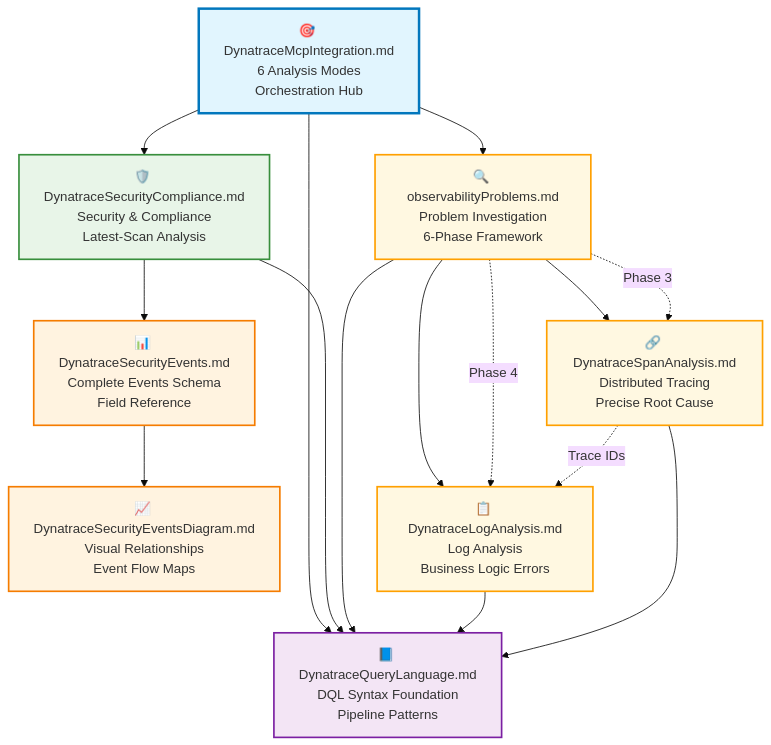
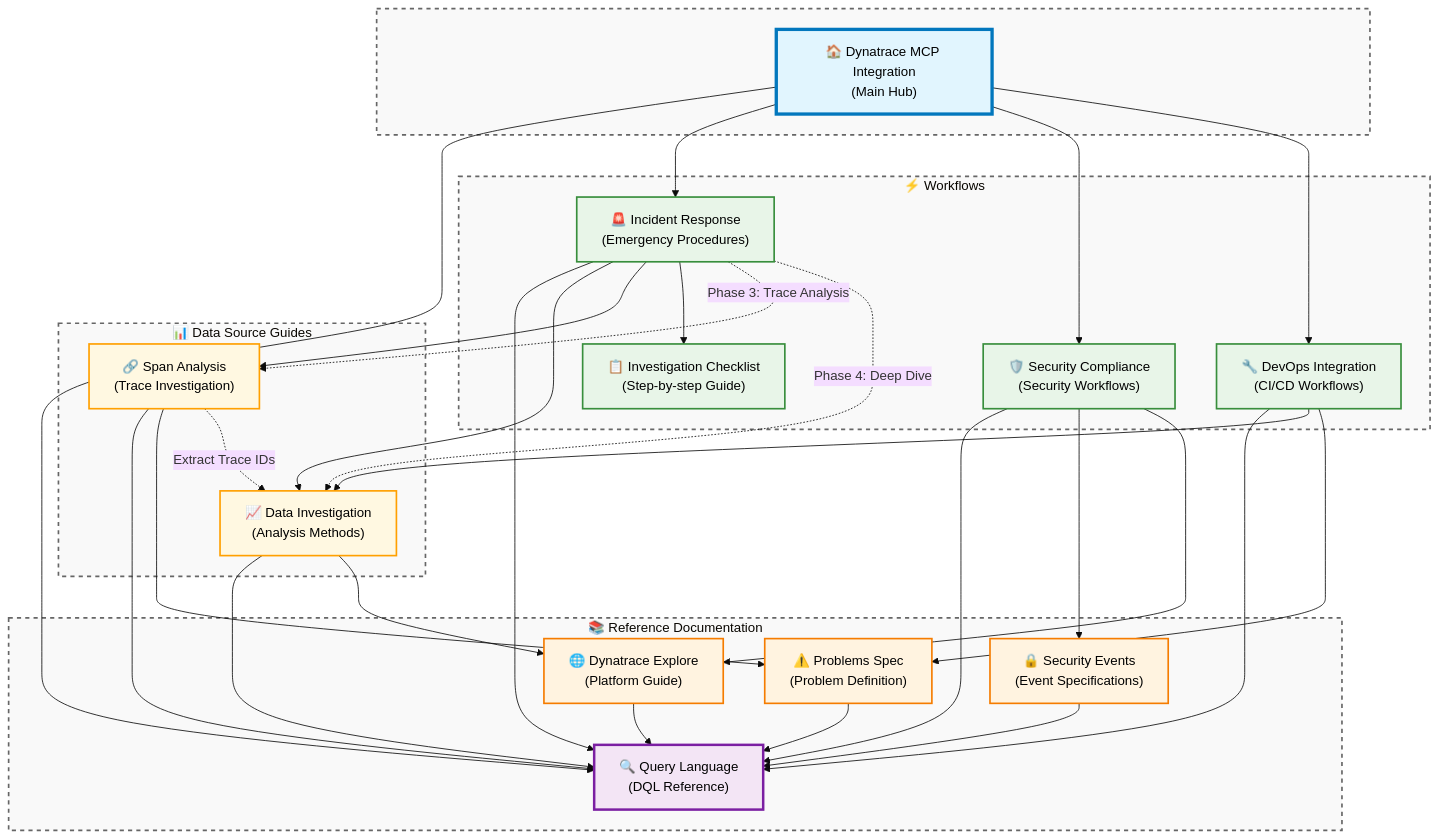
Before and after one commit to theharithsa/dynatrace-mcp: the diagram in dynatrace-agent-rules/rules/README.md, drawn with Mermaid (base theme). The commit also changed other lines of this file and 17 other files, not shown here.

````diff
--- a/dynatrace-agent-rules/rules/README.md
+++ b/dynatrace-agent-rules/rules/README.md
@@ -54,51 +89,83 @@
 ```mermaid
 graph TB
-    %% Main Hub
-    MAIN[🎯 DynatraceMcpIntegration.md<br/>6 Analysis Modes<br/>Orchestration Hub]
+    %% Main Entry Point
+    MAIN["🏠 Dynatrace MCP Integration<br/>(Main Hub)"]
 
-    %% Core Foundation
-    DQL[📘 DynatraceQueryLanguage.md<br/>DQL Syntax Foundation<br/>Pipeline Patterns]
+    %% Root Level Cluster
+    subgraph ROOT[" "]
+        MAIN
+    end
 
-    %% Security Workflows
-    SEC[🛡️ DynatraceSecurityCompliance.md<br/>Security & Compliance<br/>Latest-Scan Analysis]
-    EVENTS[📊 DynatraceSecurityEvents.md<br/>Complete Events Schema<br/>Field Reference]
-    DIAGRAM[📈 DynatraceSecurityEventsDiagram.md<br/>Visual Relationships<br/>Event Flow Maps]
+    %% Reference Documentation Cluster
+    subgraph REF["📚 Reference Documentation"]
+        DQL["🔍 Query Language<br/>(DQL Reference)"]
+        EXPLORE["🌐 Dynatrace Explore<br/>(Platform Guide)"]
+        EVENTS["🔒 Security Events<br/>(Event Specifications)"]
+        PROBLEMS["⚠️ Problems Spec<br/>(Problem Definition)"]
+    end
 
-    %% Observability Workflows
-    PROBLEMS[🔍 observabilityProblems.md<br/>Problem Investigation<br/>6-Phase Framework]
-    LOGS[📋 DynatraceLogAnalysis.md<br/>Log Analysis<br/>Business Logic Errors]
-    SPANS[🔗 DynatraceSpanAnalysis.md<br/>Distributed Tracing<br/>Precise Root Cause]
+    %% Workflows Cluster
+    subgraph WORKFLOWS["⚡ Workflows"]
+        INCIDENT["🚨 Incident Response<br/>(Emergency Procedures)"]
+        SEC["🛡️ Security Compliance<br/>(Security Workflows)"]
+        DEVOPS["🔧 DevOps Integration<br/>(CI/CD Workflows)"]
+        CHECKLIST["📋 Investigation Checklist<br/>(Step-by-step Guide)"]
+    end
 
-    %% Connections
+    %% Data Source Guides Cluster
+    subgraph DATASOURCES["📊 Data Source Guides"]
+        DATA["📈 Data Investigation<br/>(Analysis Methods)"]
+        SPANS["🔗 Span Analysis<br/>(Trace Investigation)"]
+    end
+
+    %% Primary Connections (Main Hub to Clusters)
     MAIN --> DQL
+    MAIN --> INCIDENT
     MAIN --> SEC
-    MAIN --> PROBLEMS
+    MAIN --> DEVOPS
+
+    %% Workflow Dependencies
+    INCIDENT --> DQL
+    INCIDENT --> DATA
+    INCIDENT --> SPANS
+    INCIDENT --> CHECKLIST
 
     SEC --> DQL
     SEC --> EVENTS
-    EVENTS --> DIAGRAM
+    SEC --> EXPLORE
 
+    DEVOPS --> DQL
+    DEVOPS --> DATA
+    DEVOPS --> PROBLEMS
+
+    %% Data Source Connections
+    DATA --> DQL
+    DATA --> EXPLORE
+    SPANS --> DQL
+    SPANS --> PROBLEMS
+
+    %% Reference Inter-connections
+    EVENTS --> DQL
     PROBLEMS --> DQL
-    PROBLEMS --> LOGS
-    PROBLEMS --> SPANS
-    LOGS --> DQL
-    SPANS --> DQL
+    EXPLORE --> DQL
 
-    %% Real-World Integration
-    PROBLEMS -.->|Phase 3| SPANS
-    PROBLEMS -.->|Phase 4| LOGS
-    SPANS -.->|Trace IDs| LOGS
+    %% Workflow Integration Paths
+    INCIDENT -.->|Phase 3: Trace Analysis| SPANS
+    INCIDENT -.->|Phase 4: Deep Dive| DATA
+    SPANS -.->|Extract Trace IDs| DATA
 
     %% Styling
-    classDef hub fill:#e1f5fe,stroke:#0277bd,stroke-width:3px
-    classDef foundation fill:#f3e5f5,stroke:#7b1fa2,stroke-width:2px
-    classDef security fill:#e8f5e8,stroke:#388e3c,stroke-width:2px
-    classDef observability fill:#fff8e1,stroke:#ffa000,stroke-width:2px
-    classDef reference fill:#fff3e0,stroke:#f57c00,stroke-width:2px
+    classDef hub fill:#e1f5fe,stroke:#0277bd,stroke-width:4px,color:#000
+    classDef foundation fill:#f3e5f5,stroke:#7b1fa2,stroke-width:3px,color:#000
+    classDef workflows fill:#e8f5e8,stroke:#388e3c,stroke-width:2px,color:#000
+    classDef dataGuides fill:#fff8e1,stroke:#ffa000,stroke-width:2px,color:#000
+    classDef reference fill:#fff3e0,stroke:#f57c00,stroke-width:2px,color:#000
+    classDef cluster fill:#f9f9f9,stroke:#666,stroke-width:2px,stroke-dasharray: 5 5
 
     class MAIN hub
     class DQL foundation
-    class SEC security
-    class EVENTS,DIAGRAM reference
-    class PROBLEMS,LOGS,SPANS observability
+    class INCIDENT,SEC,DEVOPS,CHECKLIST workflows
+    class DATA,SPANS dataGuides
+    class EXPLORE,EVENTS,PROBLEMS reference
+    class REF,WORKFLOWS,DATASOURCES cluster
 ```
````
